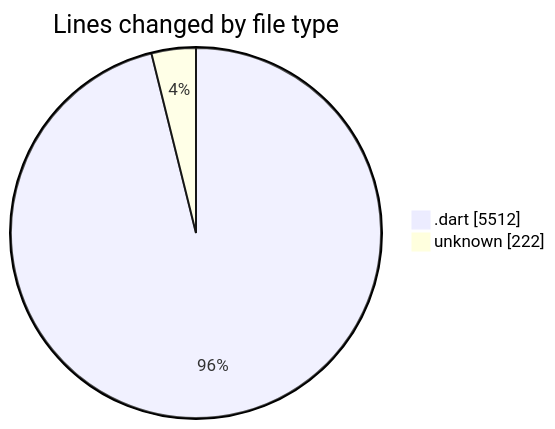
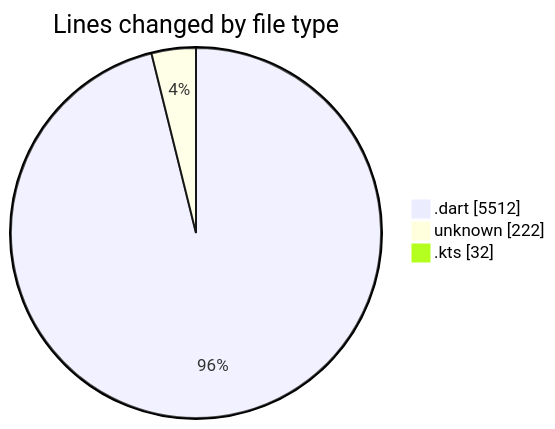
Before and after one commit to lephambinh05/code-tracking: the first of 2 diagrams in 2025-08-05/studybuddy/README.md, drawn with Mermaid. The commit also changed other lines of this file and 1 other file, not shown here.

````diff
--- a/2025-08-05/studybuddy/README.md
+++ b/2025-08-05/studybuddy/README.md
@@ -34,6 +35,7 @@
 ```mermaid
 pie showData
 title Lines changed by file type
 ".dart" : 5512
 "unknown" : 222
+".kts" : 32
 ```
````
